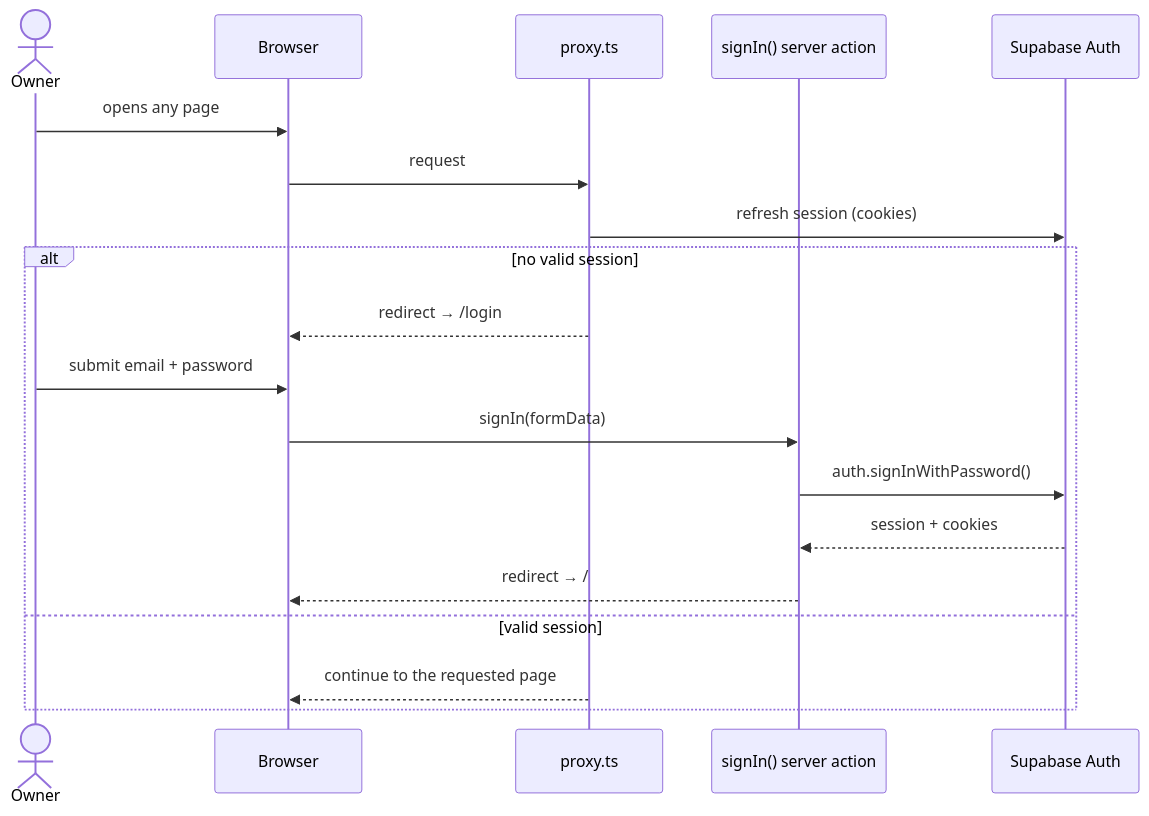
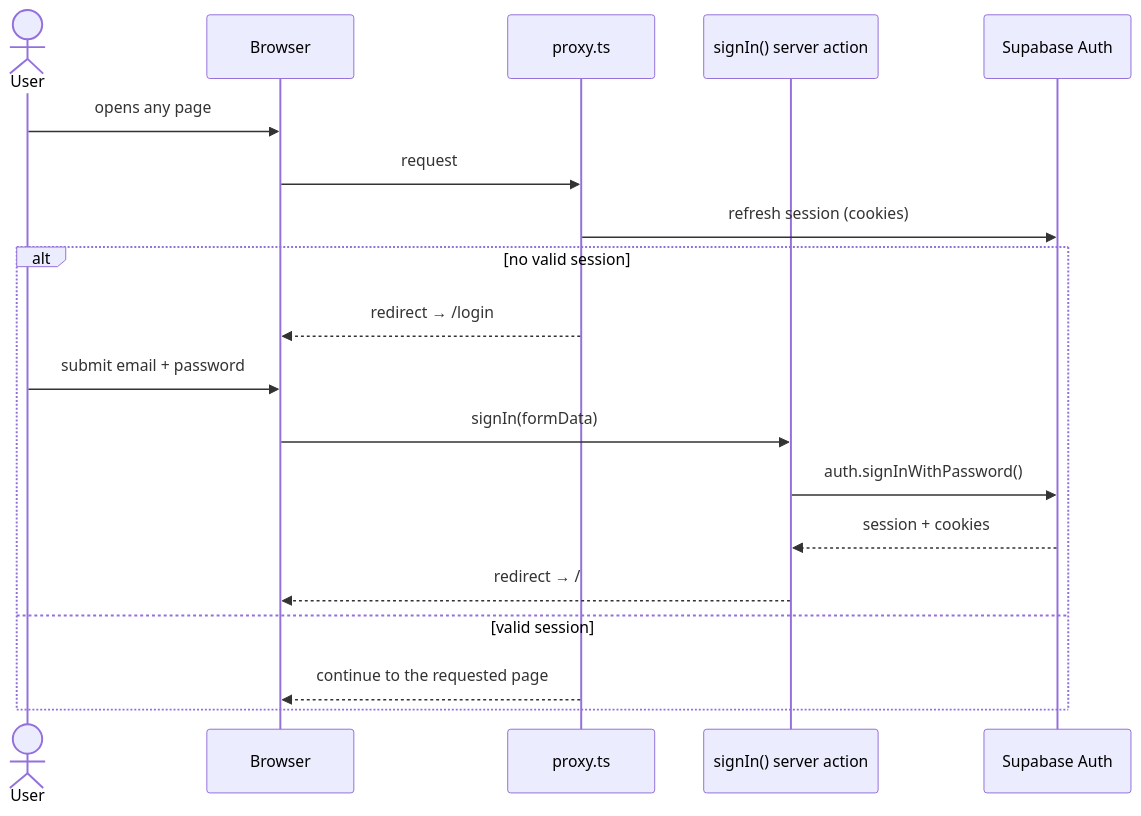
The fourth of 8 diagrams in README.md (anshu-ravi/tv-tracker), drawn with Mermaid before and after one commit. The commit also changed other lines of this file and 11 other files, not shown here.

````diff
--- a/README.md
+++ b/README.md
@@ -315,22 +320,22 @@
 ```mermaid
 sequenceDiagram
-    actor U as Owner
+    actor U as User
     participant B as Browser
     participant P as proxy.ts
     participant A as signIn() server action
     participant S as Supabase Auth
 
     U->>B: opens any page
     B->>P: request
     P->>S: refresh session (cookies)
     alt no valid session
         P-->>B: redirect → /login
         U->>B: submit email + password
         B->>A: signIn(formData)
         A->>S: auth.signInWithPassword()
         S-->>A: session + cookies
         A-->>B: redirect → /
     else valid session
         P-->>B: continue to the requested page
     end
 ```
````
